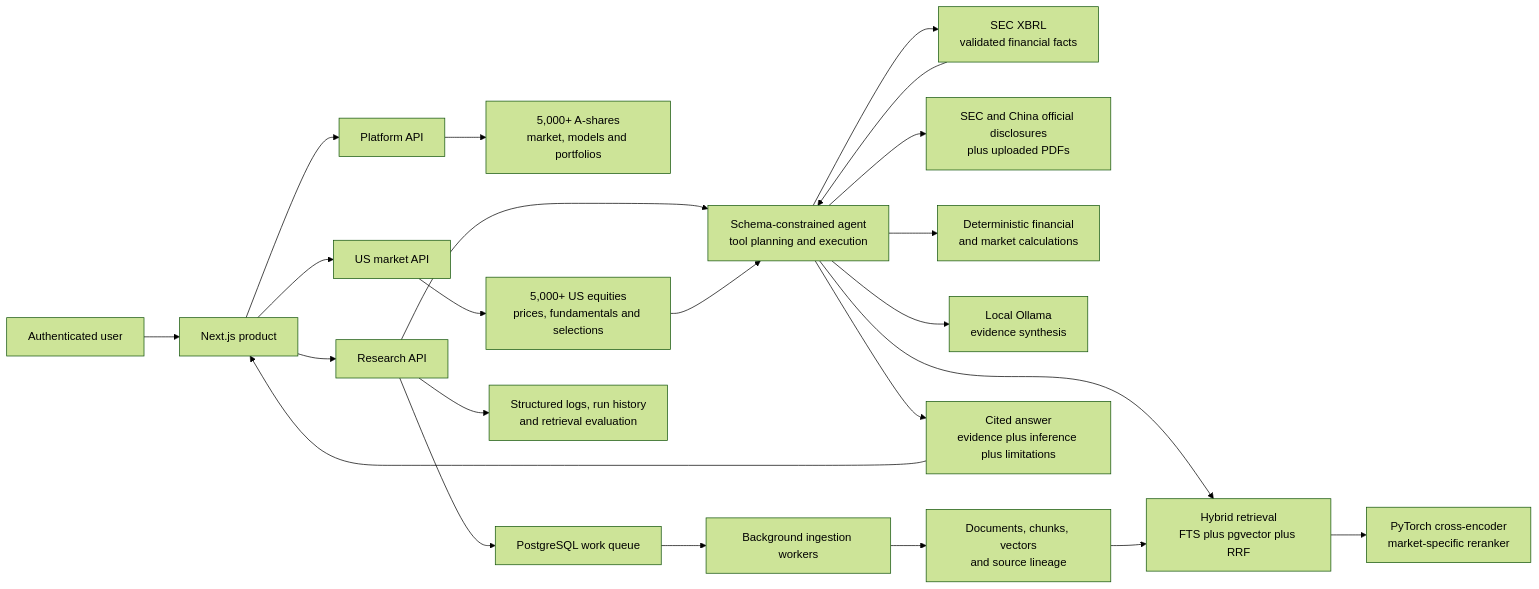
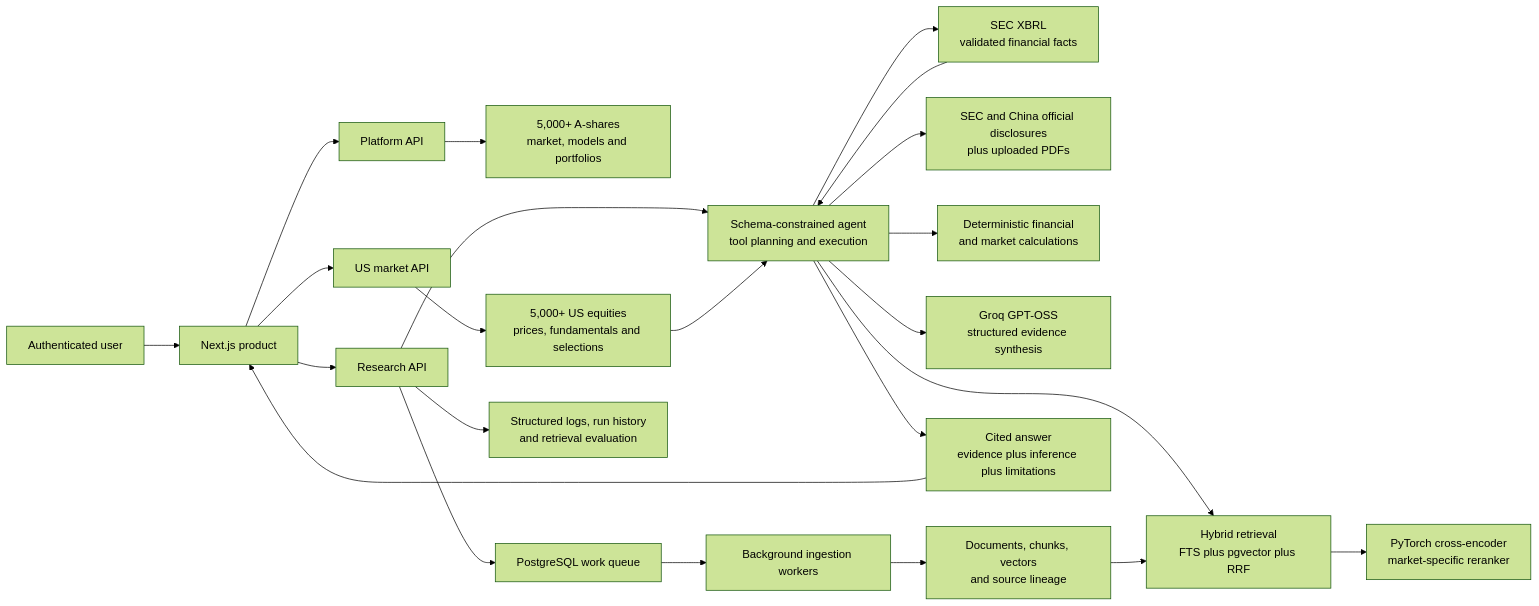
One commit to thisiscatcode/aistockcn changed the diagram in README.md. Above: the diagram before and after it, drawn with Mermaid (forest theme). The commit also changed other lines of this file and 18 other files, not shown here.

Commit message:
Switch research agent to Groq structured inference

````diff
--- a/README.md
+++ b/README.md
@@ -117,30 +117,30 @@
 ```mermaid
 flowchart LR
     U["Authenticated user"] --> W["Next.js product"]
 
     W --> C["Platform API"]
     W --> M["US market API"]
     W --> R["Research API"]
 
     C --> CN["5,000+ A-shares<br/>market, models and portfolios"]
     M --> US["5,000+ US equities<br/>prices, fundamentals and selections"]
 
     R --> P["Schema-constrained agent<br/>tool planning and execution"]
     P --> X["SEC XBRL<br/>validated financial facts"]
     P --> S["SEC and China official disclosures<br/>plus uploaded PDFs"]
     P --> D["Deterministic financial<br/>and market calculations"]
     P --> H["Hybrid retrieval<br/>FTS plus pgvector plus RRF"]
     H --> RR["PyTorch cross-encoder<br/>market-specific reranker"]
-    P --> L["Local Ollama<br/>evidence synthesis"]
+    P --> L["Groq GPT-OSS<br/>structured evidence synthesis"]
 
     R --> Q["PostgreSQL work queue"]
     Q --> K["Background ingestion workers"]
     K --> V["Documents, chunks, vectors<br/>and source lineage"]
     V --> H
 
     R --> O["Structured logs, run history<br/>and retrieval evaluation"]
     X --> P
     US --> P
     P --> A["Cited answer<br/>evidence plus inference plus limitations"]
     A --> W
 ```
````
